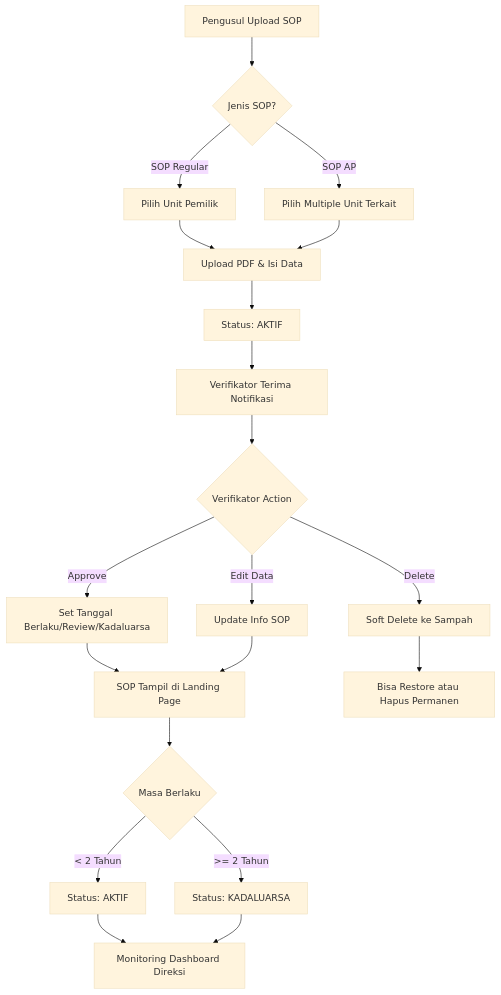
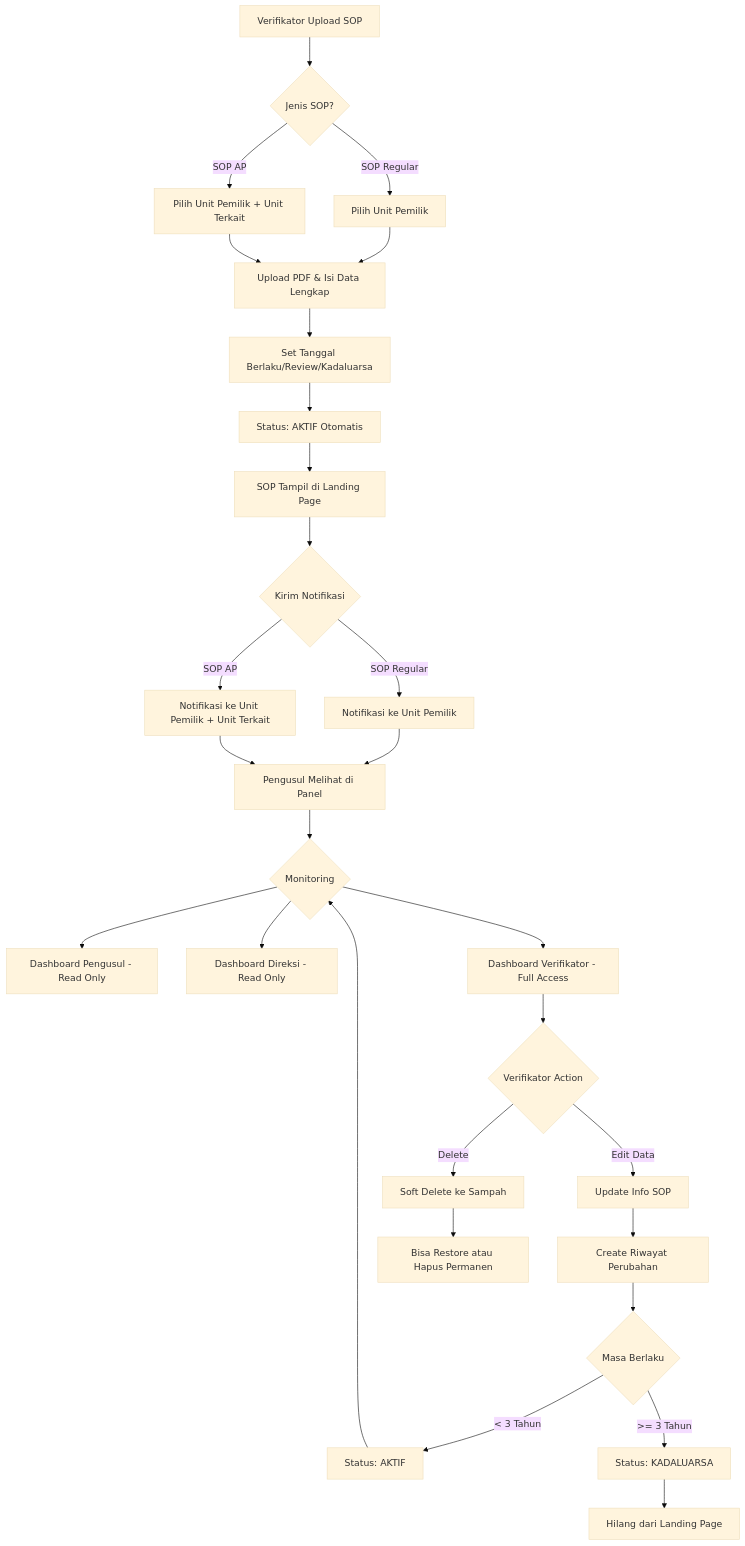
The diagram in README.md (Akfiss/sim-sop-app), drawn with Mermaid (base theme) before and after one commit. The commit also changed other lines of this file, not shown here.

````diff
--- a/README.md
+++ b/README.md
@@ -111,22 +121,30 @@
 ```mermaid
 graph TD
-    A[Pengusul Upload SOP] --> B{Jenis SOP?}
+    A[Verifikator Upload SOP] --> B{Jenis SOP?}
     B -->|SOP Regular| C[Pilih Unit Pemilik]
-    B -->|SOP AP| D[Pilih Multiple Unit Terkait]
-    C --> E[Upload PDF & Isi Data]
+    B -->|SOP AP| D[Pilih Unit Pemilik + Unit Terkait]
+    C --> E[Upload PDF & Isi Data Lengkap]
     D --> E
-    E --> F[Status: AKTIF]
-    F --> G[Verifikator Terima Notifikasi]
-    G --> H{Verifikator Action}
-    H -->|Approve| I[Set Tanggal Berlaku/Review/Kadaluarsa]
-    H -->|Edit Data| J[Update Info SOP]
-    I --> K[SOP Tampil di Landing Page]
-    J --> K
-    K --> L{Masa Berlaku}
-    L -->|< 2 Tahun| M[Status: AKTIF]
-    L -->|>= 2 Tahun| N[Status: KADALUARSA]
-    M --> O[Monitoring Dashboard Direksi]
-    N --> O
-    H -->|Delete| P[Soft Delete ke Sampah]
-    P --> Q[Bisa Restore atau Hapus Permanen]
+    E --> F[Set Tanggal Berlaku/Review/Kadaluarsa]
+    F --> G[Status: AKTIF Otomatis]
+    G --> H[SOP Tampil di Landing Page]
+    H --> I{Kirim Notifikasi}
+    I -->|SOP Regular| J[Notifikasi ke Unit Pemilik]
+    I -->|SOP AP| K[Notifikasi ke Unit Pemilik + Unit Terkait]
+    J --> L[Pengusul Melihat di Panel]
+    K --> L
+    L --> M{Monitoring}
+    M --> N[Dashboard Pengusul - Read Only]
+    M --> O[Dashboard Direksi - Read Only]
+    M --> P[Dashboard Verifikator - Full Access]
+    P --> Q{Verifikator Action}
+    Q -->|Edit Data| R[Update Info SOP]
+    Q -->|Delete| S[Soft Delete ke Sampah]
+    R --> T[Create Riwayat Perubahan]
+    S --> U[Bisa Restore atau Hapus Permanen]
+    T --> V{Masa Berlaku}
+    V -->|< 3 Tahun| W[Status: AKTIF]
+    V -->|>= 3 Tahun| X[Status: KADALUARSA]
+    W --> M
+    X --> Y[Hilang dari Landing Page]
 ```
````
